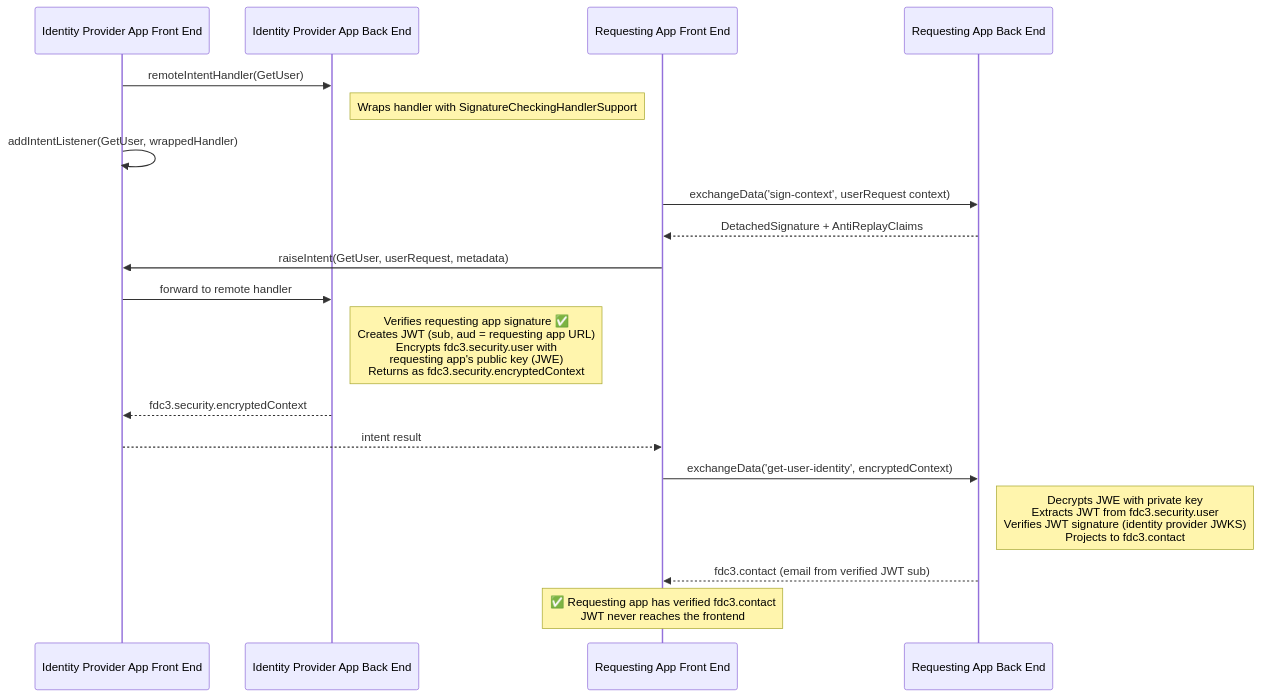
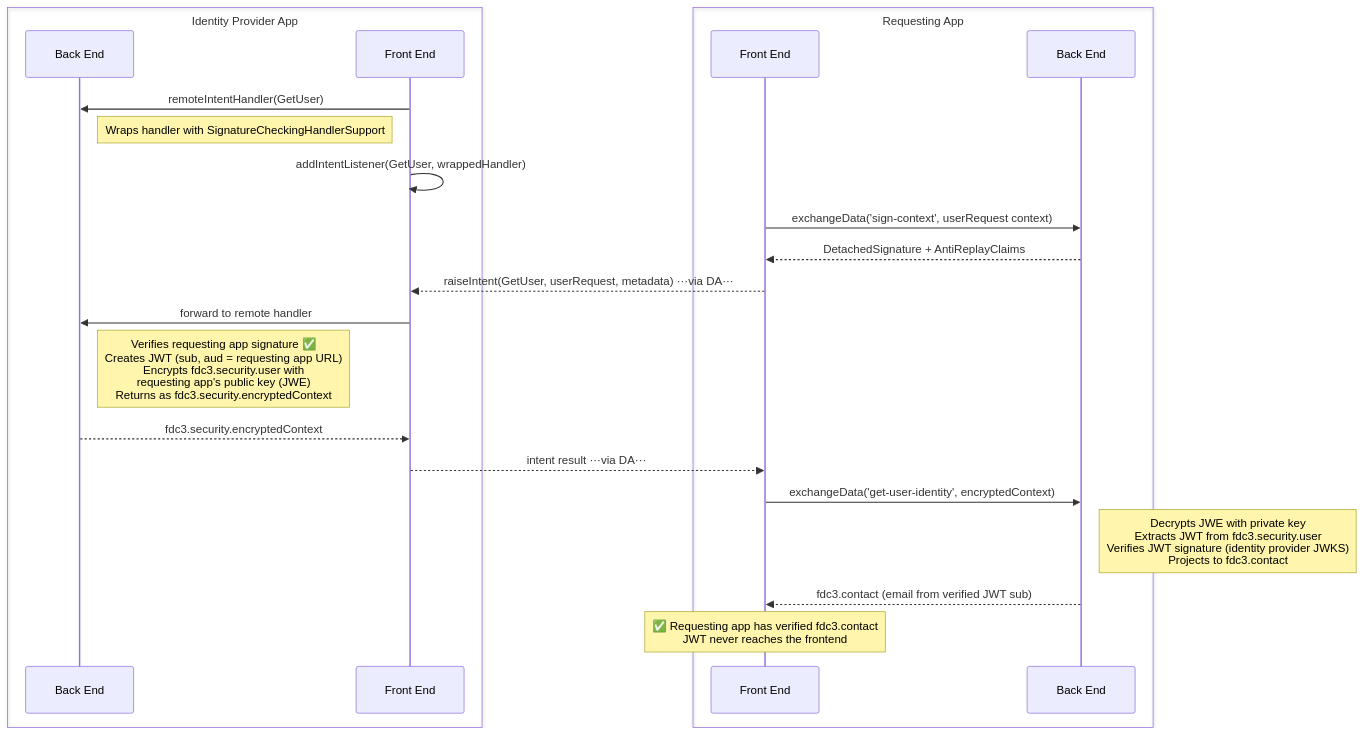
The fifth of 5 diagrams in packages/fdc3-security/samples/README.md (finos/FDC3), drawn with Mermaid before and after one commit. The commit also changed other lines of this file, not shown here.

Commit message:
Correcting the Backend Encrypted Channel Example diagram in the fdc3-security samples readme

````diff
--- a/packages/fdc3-security/samples/README.md
+++ b/packages/fdc3-security/samples/README.md
@@ -172,28 +197,32 @@
 ```mermaid
 sequenceDiagram
-    participant IDPFE as Identity Provider App Front End
-    participant IDPBE as Identity Provider App Back End
-    participant RFE as Requesting App Front End
-    participant RBE as Requesting App Back End
+    box Identity Provider App
+        participant IDPBE as Back End
+        participant IDPFE as Front End
+    end
+    box Requesting App
+        participant RFE as Front End
+        participant RBE as Back End
+    end
 
     IDPFE->>IDPBE: remoteIntentHandler(GetUser)
     Note right of IDPBE: Wraps handler with SignatureCheckingHandlerSupport
     IDPFE->>IDPFE: addIntentListener(GetUser, wrappedHandler)
 
     RFE->>RBE: exchangeData('sign-context', userRequest context)
     RBE-->>RFE: DetachedSignature + AntiReplayClaims
 
-    RFE->>IDPFE: raiseIntent(GetUser, userRequest, metadata)
+    RFE-->>IDPFE: raiseIntent(GetUser, userRequest, metadata) ···via DA···
     IDPFE->>IDPBE: forward to remote handler
 
     Note right of IDPBE: Verifies requesting app signature ✅<br/>Creates JWT (sub, aud = requesting app URL)<br/>Encrypts fdc3.security.user with<br/>requesting app's public key (JWE)<br/>Returns as fdc3.security.encryptedContext
 
     IDPBE-->>IDPFE: fdc3.security.encryptedContext
-    IDPFE-->>RFE: intent result
+    IDPFE-->>RFE: intent result ···via DA···
 
     RFE->>RBE: exchangeData('get-user-identity', encryptedContext)
     Note right of RBE: Decrypts JWE with private key<br/>Extracts JWT from fdc3.security.user<br/>Verifies JWT signature (identity provider JWKS)<br/>Projects to fdc3.contact
     RBE-->>RFE: fdc3.contact (email from verified JWT sub)
 
     Note over RFE: ✅ Requesting app has verified fdc3.contact<br/>JWT never reaches the frontend
 ```
````
